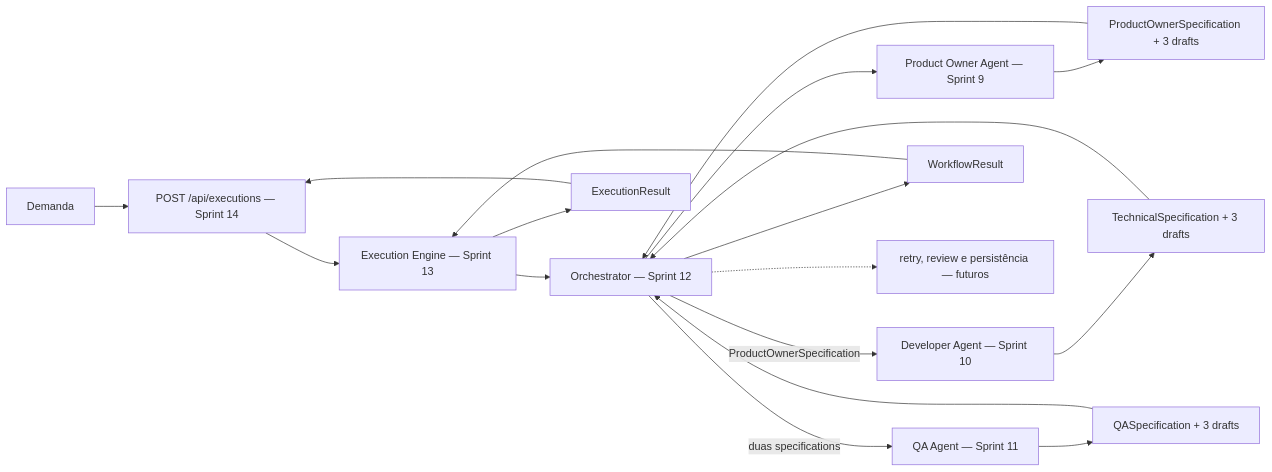
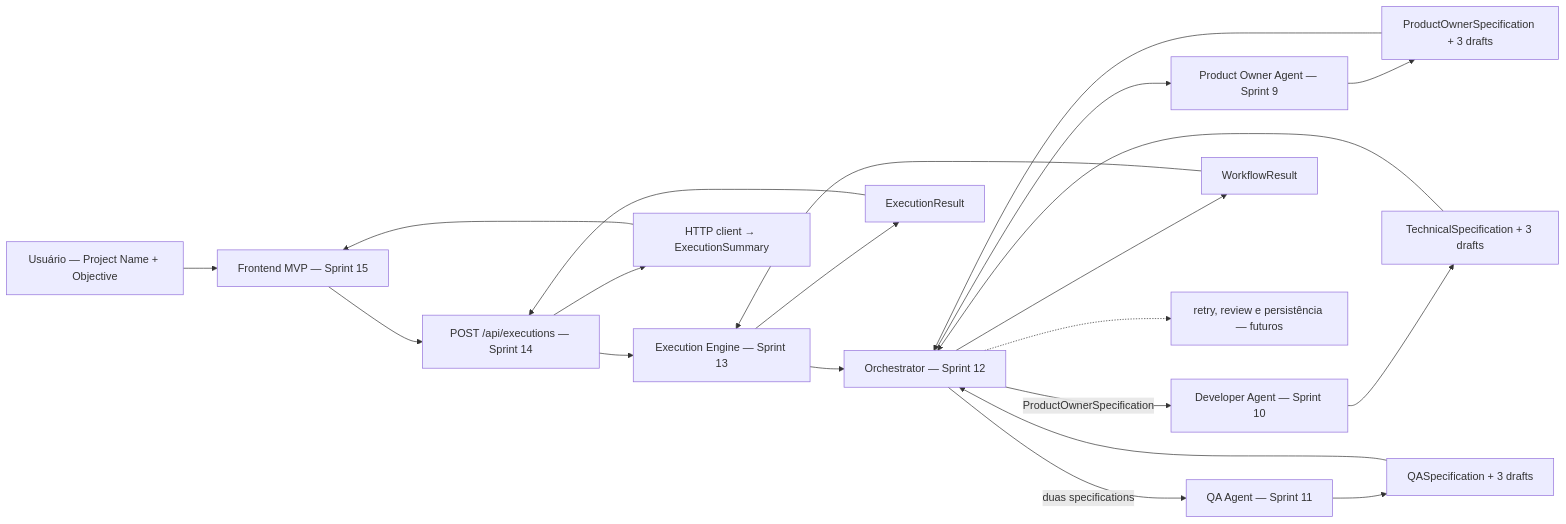
Before and after one commit to felipet66/brq-ai-factory: the first of 5 diagrams in knowledge/33-PIPELINE_OVERVIEW.md, drawn with Mermaid. The commit also changed other lines of this file and 43 other files, not shown here.

First line of the commit message:
feat(sprint-15): implement frontend MVP

````diff
--- a/knowledge/33-PIPELINE_OVERVIEW.md
+++ b/knowledge/33-PIPELINE_OVERVIEW.md
@@ -13,20 +13,23 @@
 ```mermaid
 flowchart LR
+    USER["Usuário — Project Name + Objective"] --> FRONTEND["Frontend MVP — Sprint 15"]
+    FRONTEND --> HTTP
     HTTP["POST /api/executions — Sprint 14"] --> ENGINE["Execution Engine — Sprint 13"]
-    DEMAND["Demanda"] --> HTTP
     ENGINE --> ORCH["Orchestrator — Sprint 12"]
     ORCH --> PO["Product Owner Agent — Sprint 9"]
     PO --> POS["ProductOwnerSpecification + 3 drafts"]
     POS --> ORCH
     ORCH -->|"ProductOwnerSpecification"| DEV["Developer Agent — Sprint 10"]
     DEV --> TS["TechnicalSpecification + 3 drafts"]
     TS --> ORCH
     ORCH -->|"duas specifications"| QA["QA Agent — Sprint 11"]
     QA --> QS["QASpecification + 3 drafts"]
     QS --> ORCH
     ORCH --> RESULT["WorkflowResult"]
     RESULT --> ENGINE
     ENGINE --> EXECUTION["ExecutionResult"]
     EXECUTION --> HTTP
+    HTTP --> CLIENT["HTTP client → ExecutionSummary"]
+    CLIENT --> FRONTEND
     ORCH -.-> FUTURE["retry, review e persistência — futuros"]
 ```
````
